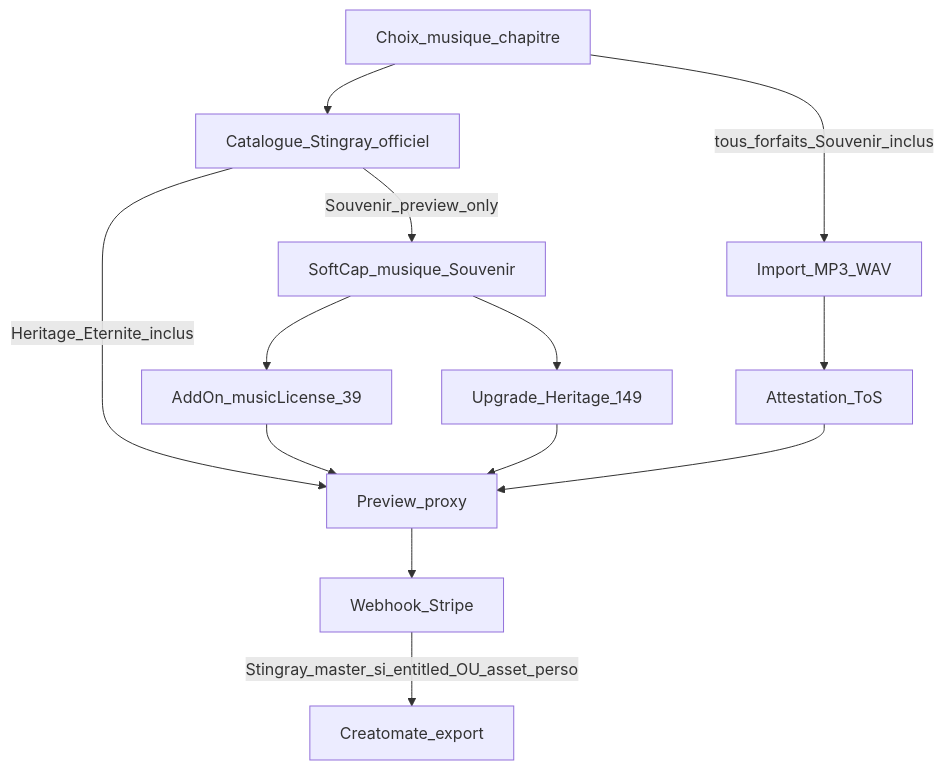
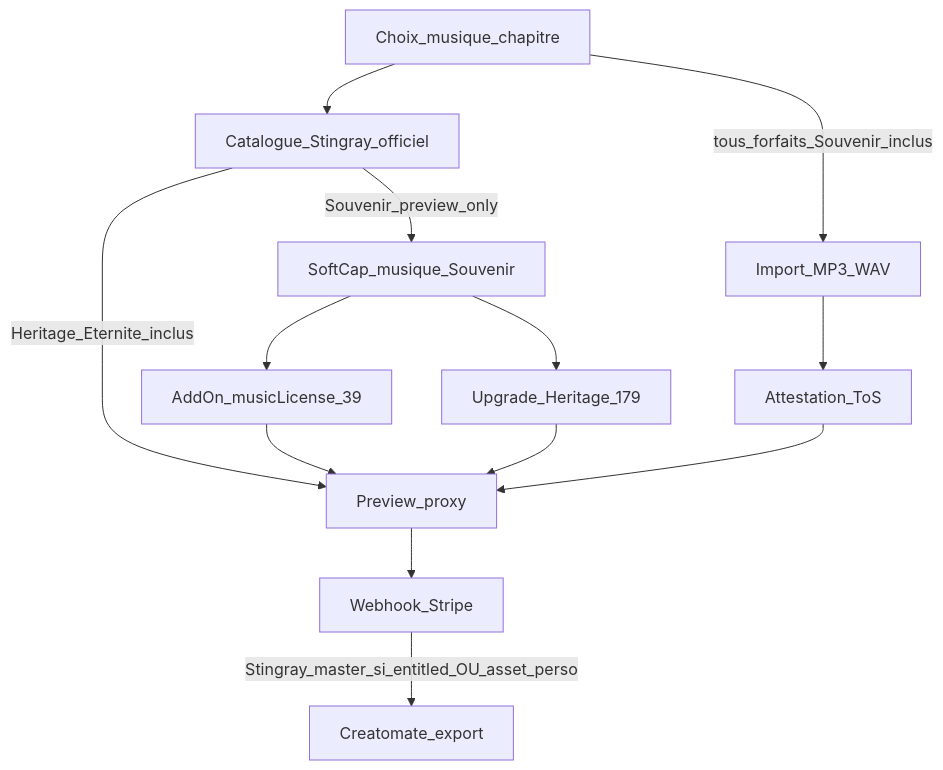
One commit to Lyra-OD/odyssey-web changed the diagram in docs/FREEMIUM_V1_PIVOT.md. Above: the diagram before and after it, drawn with Mermaid. The commit also changed other lines of this file and 21 other files, not shown here.

````diff
--- a/docs/FREEMIUM_V1_PIVOT.md
+++ b/docs/FREEMIUM_V1_PIVOT.md
@@ -129,26 +129,26 @@
 ```mermaid
 flowchart TD
   SongChoice[Choix_musique_chapitre]
   CatalogOfficial[Catalogue_Stingray_officiel]
   SoftMusic[SoftCap_musique_Souvenir]
   Lic39[AddOn_musicLicense_39]
-  Up149[Upgrade_Heritage_149]
+  Up179[Upgrade_Heritage_179]
   Upload[Import_MP3_WAV]
   ToS[Attestation_ToS]
   Preview[Preview_proxy]
   Pay[Webhook_Stripe]
   Render[Creatomate_export]
 
   SongChoice --> CatalogOfficial
   SongChoice -->|"tous_forfaits_Souvenir_inclus"| Upload
   CatalogOfficial -->|"Souvenir_preview_only"| SoftMusic
   SoftMusic --> Lic39
-  SoftMusic --> Up149
+  SoftMusic --> Up179
   CatalogOfficial -->|"Heritage_Eternite_inclus"| Preview
   Lic39 --> Preview
-  Up149 --> Preview
+  Up179 --> Preview
   Upload --> ToS
   ToS --> Preview
   Preview --> Pay
   Pay -->|"Stingray_master_si_entitled_OU_asset_perso"| Render
 ```
````
